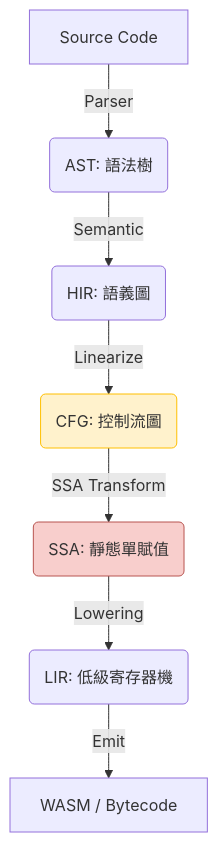
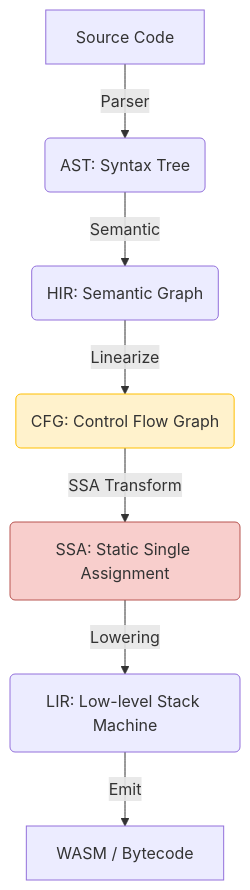
One commit to nyar-vm/nyar-vm changed the diagram in documentation/zh-hant/maintenance/project-architecture.md. Above: the diagram before and after it, drawn with Mermaid. The commit also changed other lines of this file and 30 other files, not shown here.

````diff
--- a/documentation/zh-hant/maintenance/project-architecture.md
+++ b/documentation/zh-hant/maintenance/project-architecture.md
@@ -14,12 +14,12 @@
 ```mermaid
 graph TD
-    A[Source Code] -->|Parser| B(AST: 語法樹);
-    B -->|Semantic| C(HIR: 語義圖);
-    C -->|Linearize| D(CFG: 控制流圖);
-    D -->|SSA Transform| E(SSA: 靜態單賦值);
-    E -->|Lowering| F(LIR: 低級寄存器機);
+    A[Source Code] -->|Parser| B(AST: Syntax Tree);
+    B -->|Semantic| C(HIR: Semantic Graph);
+    C -->|Linearize| D(CFG: Control Flow Graph);
+    D -->|SSA Transform| E(SSA: Static Single Assignment);
+    E -->|Lowering| F(LIR: Low-level Stack Machine);
     F -->|Emit| G[WASM / Bytecode];
 
     style D fill:#fff2cc,stroke:#ffbf00
     style E fill:#f8cecc,stroke:#b85450
 ```
````
